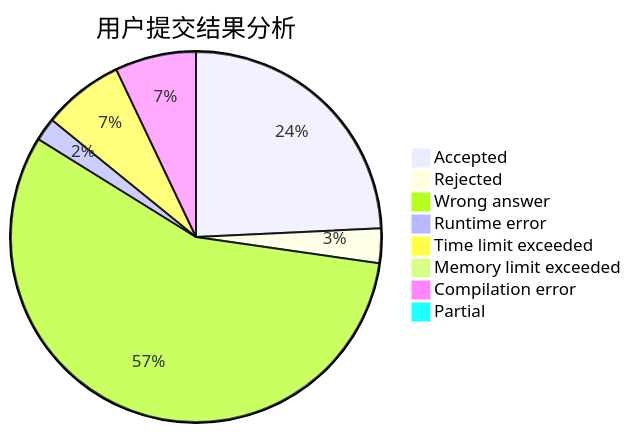
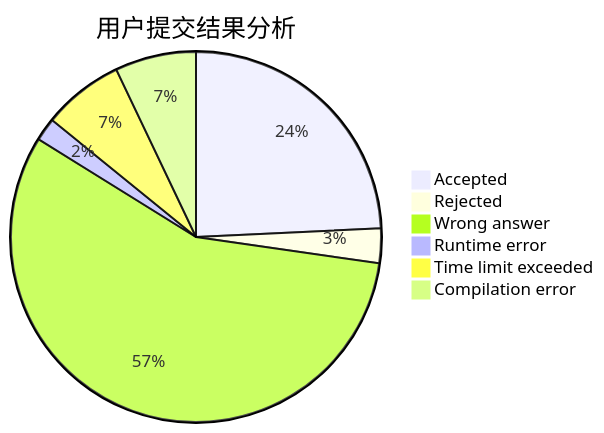
Before and after one commit to sherpahu/cfrs.github.io: the first of 3 diagrams in docs/user/u2346.md, drawn with Mermaid. The commit also changed other lines of this file and 2770 other files, not shown here.

````diff
--- a/docs/user/u2346.md
+++ b/docs/user/u2346.md
@@ -5,11 +5,9 @@
 ```mermaid
 pie title 用户提交结果分析
     "Accepted" :  24
     "Rejected" :  3
     "Wrong answer" :  56
     "Runtime error" :  2
     "Time limit exceeded" :  7
-    "Memory limit exceeded" :  0
     "Compilation error" :  7
-    "Partial" :  0
 ```
````
